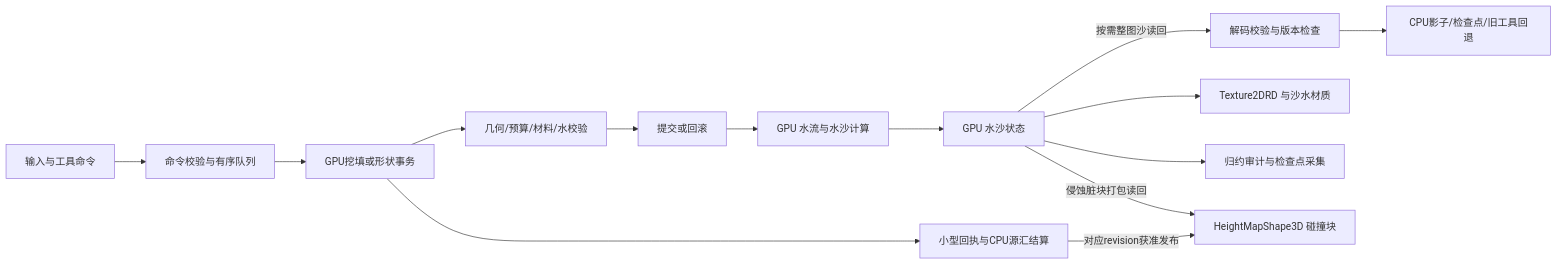
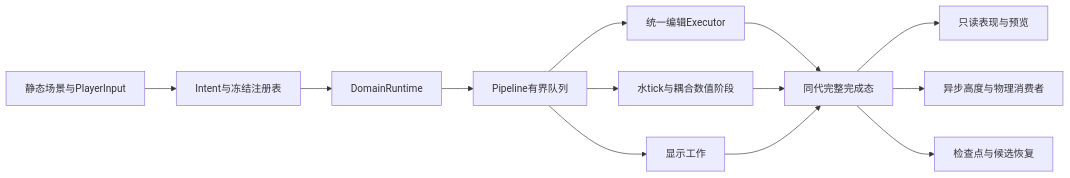
The diagram in docs/当前项目技术方案.md (bobozai2019/sancastle), drawn with Mermaid before and after one commit. The commit also changed other lines of this file and 953 other files, not shown here.

````diff
--- a/docs/当前项目技术方案.md
+++ b/docs/当前项目技术方案.md
@@ -75,16 +13,15 @@
 ```mermaid
 flowchart LR
-    I[输入与工具命令] --> Q[命令校验与有序队列]
-    Q --> E[GPU挖填或形状事务]
-    E --> V[几何/预算/材料/水校验]
-    V --> C[提交或回滚]
-    C --> G[GPU 水流与水沙计算]
-    G --> S[GPU 水沙状态]
-    S -->|按需整图沙读回| R[解码校验与版本检查]
-    R --> L[CPU影子/检查点/旧工具回退]
-    E --> B[小型回执与CPU源汇结算]
-    S --> T[Texture2DRD 与沙水材质]
-    S --> A[归约审计与检查点采集]
-    S -->|侵蚀脏块打包读回| H[HeightMapShape3D 碰撞块]
-    B -->|对应revision获准发布| H
+    A[静态场景与PlayerInput] --> B[Intent与冻结注册表]
+    B --> C[DomainRuntime]
+    C --> D[Pipeline有界队列]
+    D --> E[统一编辑Executor]
+    D --> F[水tick与耦合数值阶段]
+    D --> G[显示工作]
+    E --> H[同代完整完成态]
+    F --> H
+    G --> H
+    H --> I[只读表现与预览]
+    H --> J[异步高度与物理消费者]
+    H --> K[检查点与候选恢复]
 ```
````
